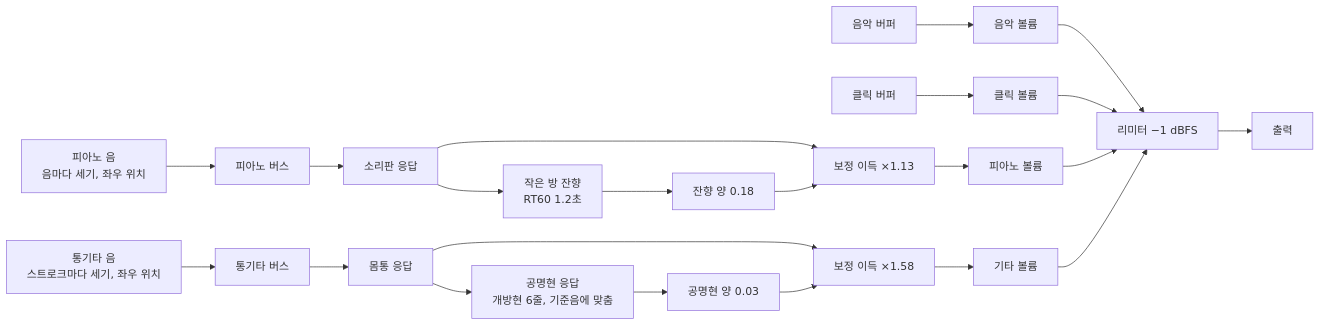
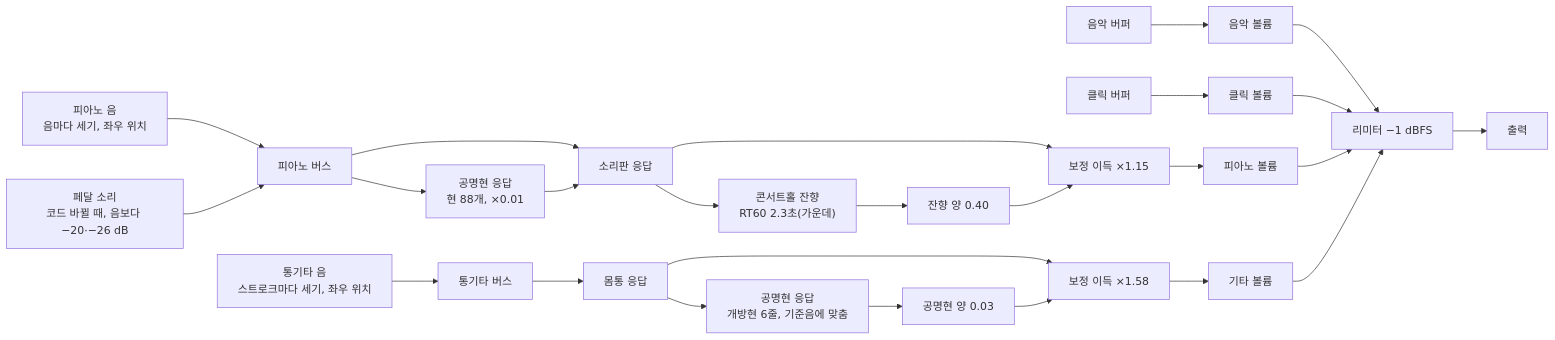
One commit to Velvitty/Chordity changed the third of 3 diagrams in README.md. Above: the diagram before and after it, drawn with Mermaid. The commit also changed other lines of this file and 7 other files, not shown here.

````diff
--- a/README.md
+++ b/README.md
@@ -1419,18 +1419,20 @@
 ```mermaid
 flowchart LR
   M["음악 버퍼"] --> GM["음악 볼륨"]
   C["클릭 버퍼"] --> GC["클릭 볼륨"]
   P["피아노 음<br/>음마다 세기, 좌우 위치"] --> PB["피아노 버스"] --> SB["소리판 응답"]
-  SB --> MP["보정 이득 ×1.13"]
-  SB --> RP["작은 방 잔향<br/>RT60 1.2초"] --> WP["잔향 양 0.18"] --> MP
+  PN["페달 소리<br/>코드 바뀔 때, 음보다 −20·−26 dB"] --> PB
+  PB --> RS["공명현 응답<br/>현 88개, ×0.01"] --> SB
+  SB --> MP["보정 이득 ×1.15"]
+  SB --> RP["콘서트홀 잔향<br/>RT60 2.3초(가운데)"] --> WP["잔향 양 0.40"] --> MP
   G["통기타 음<br/>스트로크마다 세기, 좌우 위치"] --> GB["통기타 버스"] --> BD["몸통 응답"]
   BD --> MG["보정 이득 ×1.58"]
   BD --> RG["공명현 응답<br/>개방현 6줄, 기준음에 맞춤"] --> WG["공명현 양 0.03"] --> MG
   MP --> GP["피아노 볼륨"]
   MG --> GG["기타 볼륨"]
   GM --> L["리미터 −1 dBFS"]
   GC --> L
   GP --> L
   GG --> L
   L --> O["출력"]
 ```
````
